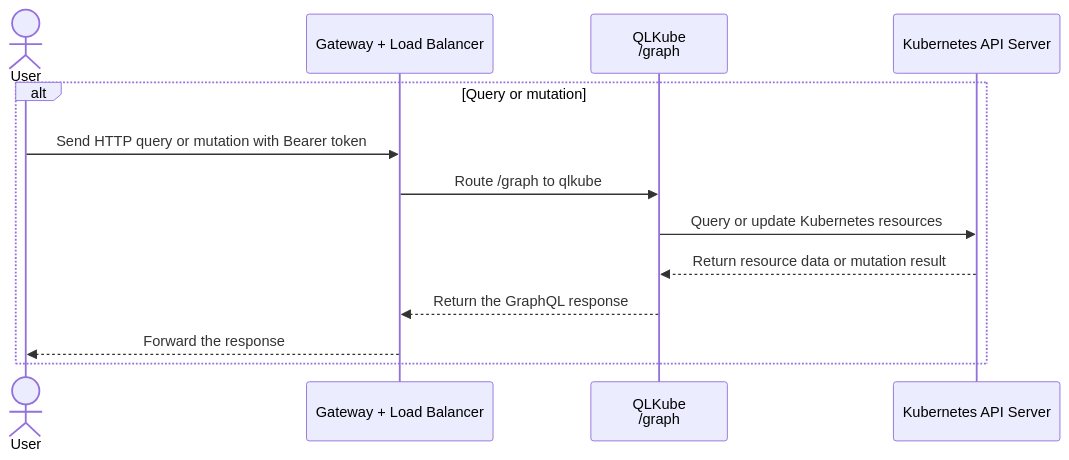
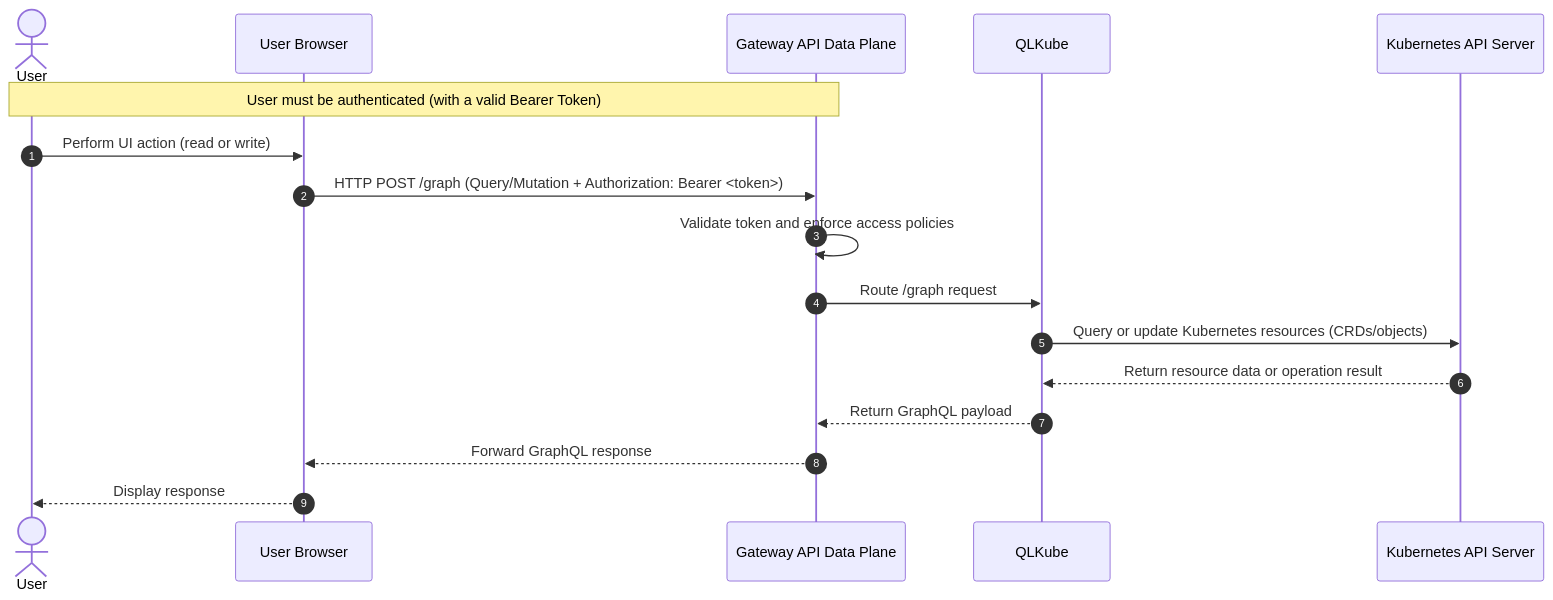
The second of 4 diagrams in frontend/README.md (netgroup-polito/CrownLabs), drawn with Mermaid before and after one commit. The commit also changed other lines of this file, not shown here.

Commit message:
edit graph for access, auth, and qlkube

````diff
--- a/frontend/README.md
+++ b/frontend/README.md
@@ -43,16 +60,20 @@
 ```mermaid
 sequenceDiagram
+    autonumber
     actor User
-    participant LB as Gateway + Load Balancer
-    participant GraphQL as QLKube<br/>/graph
+    participant Browser as User Browser
+    participant LB as Gateway API Data Plane
+    participant GraphQL as QLKube
     participant APIServer as Kubernetes API Server
 
-    alt Query or mutation
-        User->>LB: Send HTTP query or mutation with Bearer token
-        LB->>GraphQL: Route /graph to qlkube
-        GraphQL->>APIServer: Query or update Kubernetes resources
-        APIServer-->>GraphQL: Return resource data or mutation result
-        GraphQL-->>LB: Return the GraphQL response
-        LB-->>User: Forward the response
-    end
+    Note over User,LB: User must be authenticated (with a valid Bearer Token)
+    User->>Browser: Perform UI action (read or write)
+    Browser->>LB: HTTP POST /graph (Query/Mutation + Authorization: Bearer <token>)
+    LB->>LB: Validate token and enforce access policies
+    LB->>GraphQL: Route /graph request
+    GraphQL->>APIServer: Query or update Kubernetes resources (CRDs/objects)
+    APIServer-->>GraphQL: Return resource data or operation result
+    GraphQL-->>LB: Return GraphQL payload
+    LB-->>Browser: Forward GraphQL response
+    Browser-->>User: Display response
 ```
````
